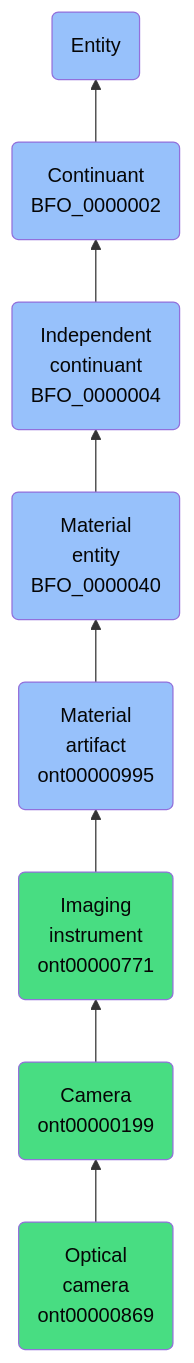
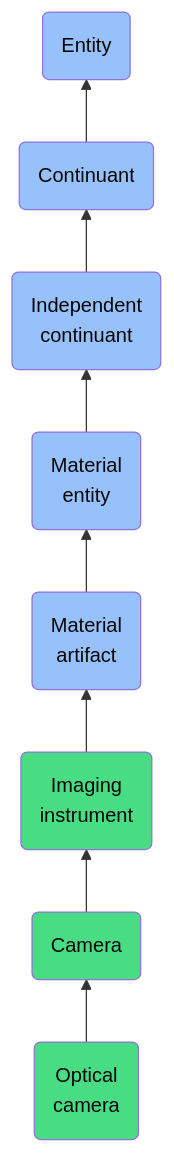
The diagram in docs/ontology/reference/model/Entity/Continuant/Independent continuant/Material entity/Material artifact/Imaging instrument/Camera/Optical camera/Optical camera.md (jupyter-naas/abi), drawn with Mermaid before and after one commit. The commit also changed other lines of this file and 1430 other files, not shown here.

````diff
--- a/docs/ontology/reference/model/Entity/Continuant/Independent continuant/Material entity/Material artifact/Imaging instrument/Camera/Optical camera/Optical camera.md
+++ b/docs/ontology/reference/model/Entity/Continuant/Independent continuant/Material entity/Material artifact/Imaging instrument/Camera/Optical camera/Optical camera.md
@@ -24,15 +24,15 @@
 ```mermaid
 graph BT
-    ont00000869(Optical<br>camera<br>ont00000869):::ABI-->ont00000199
-    ont00000199(Camera<br>ont00000199):::ABI-->ont00000771
-    ont00000771(Imaging<br>instrument<br>ont00000771):::ABI-->ont00000995
-    ont00000995(Material<br>artifact<br>ont00000995):::BFO-->BFO_0000040
-    BFO_0000040(Material<br>entity<br>BFO_0000040):::BFO-->BFO_0000004
-    BFO_0000004(Independent<br>continuant<br>BFO_0000004):::BFO-->BFO_0000002
-    BFO_0000002(Continuant<br>BFO_0000002):::BFO-->BFO_0000001
+    ont00000869(Optical<br>camera):::ABI-->ont00000199
+    ont00000199(Camera):::ABI-->ont00000771
+    ont00000771(Imaging<br>instrument):::ABI-->ont00000995
+    ont00000995(Material<br>artifact):::BFO-->BFO_0000040
+    BFO_0000040(Material<br>entity):::BFO-->BFO_0000004
+    BFO_0000004(Independent<br>continuant):::BFO-->BFO_0000002
+    BFO_0000002(Continuant):::BFO-->BFO_0000001
     BFO_0000001(Entity):::BFO
     
     classDef BFO fill:#97c1fb,color:#060606
     classDef CCO fill:#e4c51e,color:#060606
     classDef ABI fill:#48DD82,color:#060606
 ```
````
